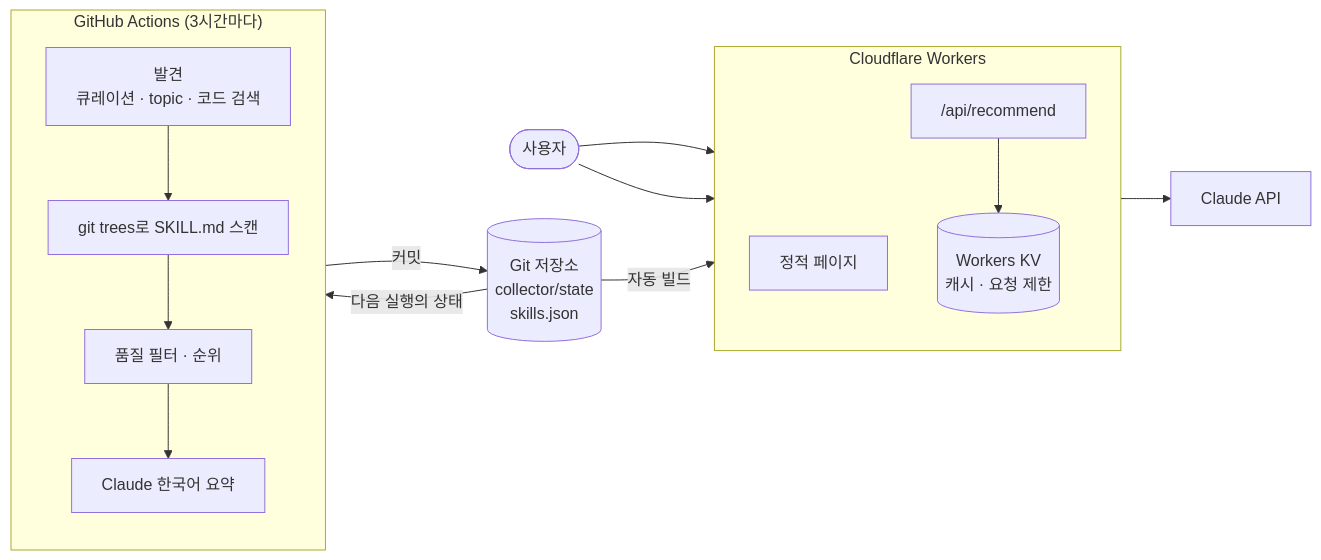
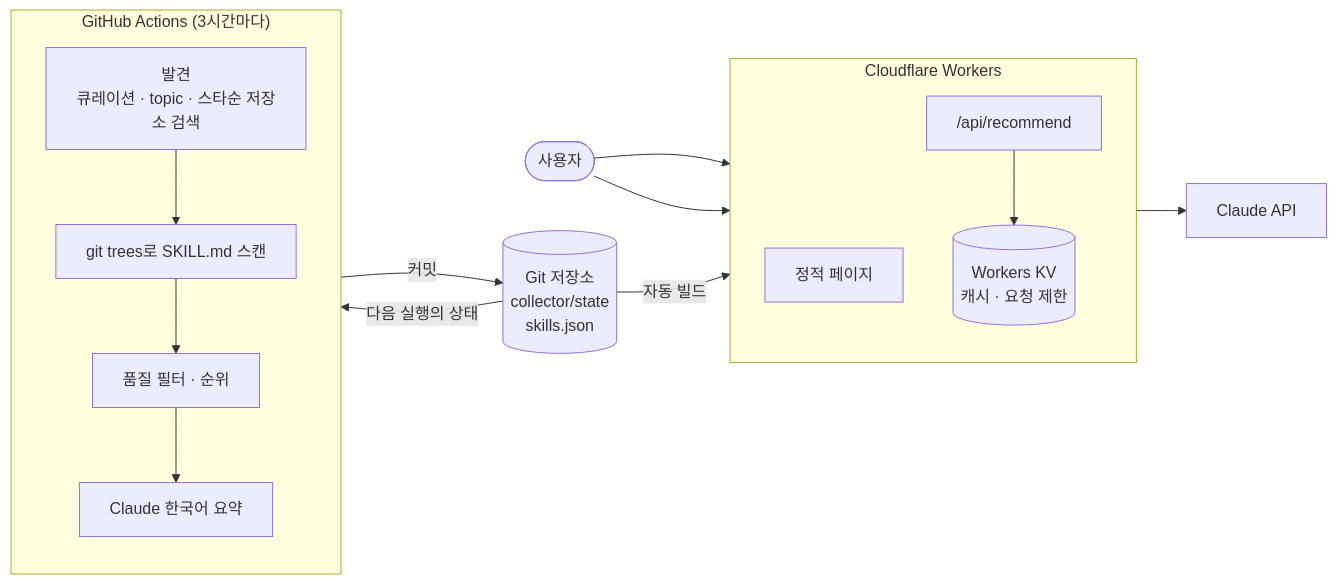
One commit to jhs3104/skillmoa changed the diagram in README.md. Above: the diagram before and after it, drawn with Mermaid. The commit also changed other lines of this file and 2 other files, not shown here.

````diff
--- a/README.md
+++ b/README.md
@@ -14,28 +14,28 @@
 ```mermaid
 flowchart LR
     subgraph actions["GitHub Actions (3시간마다)"]
         direction TB
-        sources["발견<br/>큐레이션 · topic · 코드 검색"]
+        sources["발견<br/>큐레이션 · topic · 스타순 저장소 검색"]
         scan["git trees로 SKILL.md 스캔"]
         filter["품질 필터 · 순위"]
         summarize["Claude 한국어 요약"]
         sources --> scan --> filter --> summarize
     end
 
     repo[("Git 저장소<br/>collector/state<br/>skills.json")]
     summarize -- 커밋 --> repo
     repo -- 다음 실행의 상태 --> sources
     repo -- 자동 빌드 --> cloudflare
 
     subgraph cloudflare["Cloudflare Workers"]
         direction TB
         pages["정적 페이지"]
         api["/api/recommend"]
         kv[("Workers KV<br/>캐시 · 요청 제한")]
         api --> kv
     end
 
     user(["사용자"]) --> pages
     user --> api
     api --> claude["Claude API"]
 ```
````
